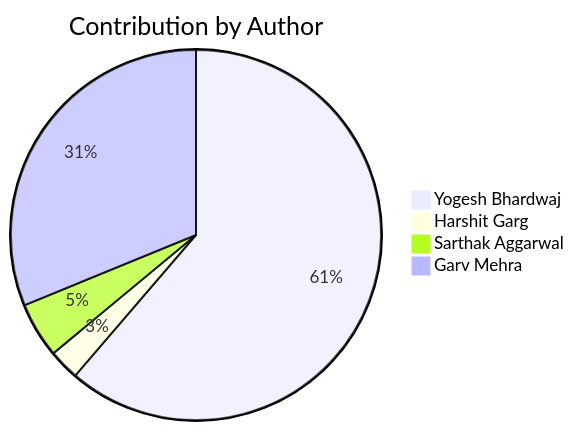
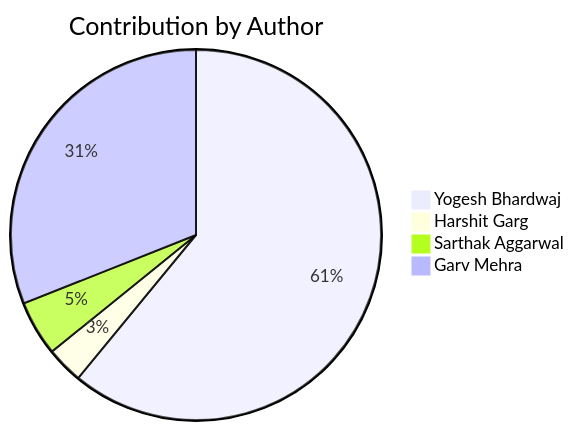
Before and after one commit to Yogesh-Bhardwaj-hue/Scm-Final_2.0: the second of 2 diagrams in README.md, drawn with Mermaid. The commit also changed other lines of this file, not shown here.

Commit message:
Update contribution charts

````diff
--- a/README.md
+++ b/README.md
@@ -192,7 +192,7 @@
 ```mermaid
 pie title Contribution by Author
     "Yogesh Bhardwaj": 114
-    "Harshit Garg": 5
+    "Harshit Garg": 6
     "Sarthak Aggarwal": 9
     "Garv Mehra": 58
 ```
````
